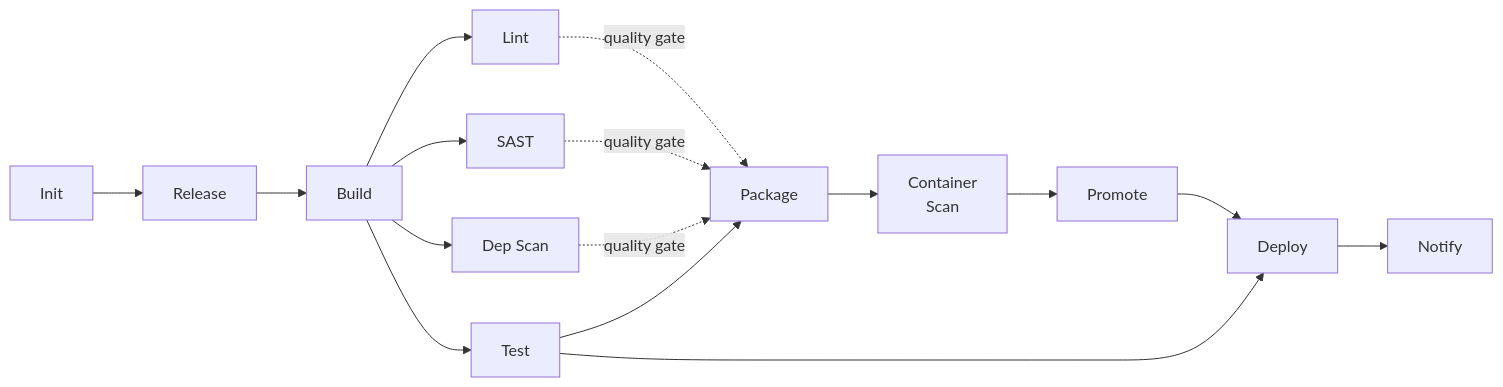
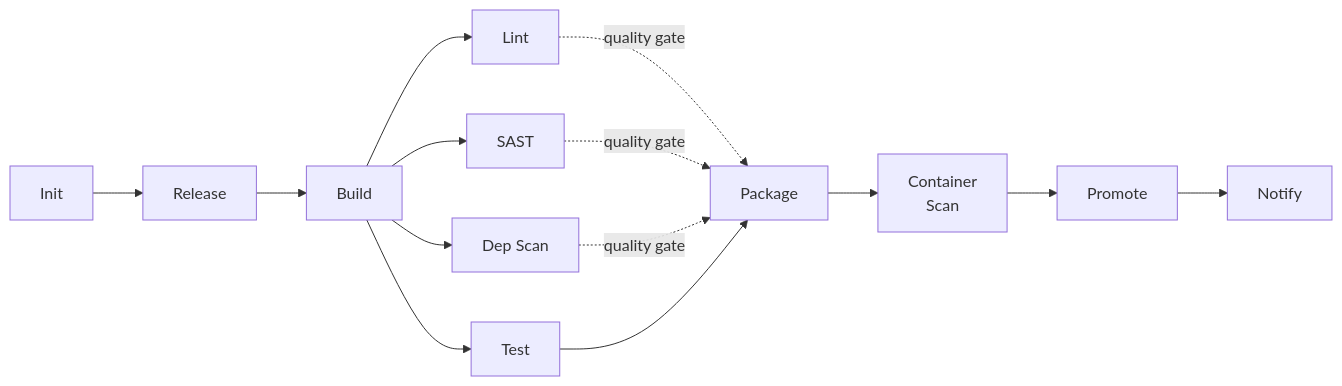
Before and after one commit to getbrik/brik: the first of 2 diagrams in README.md, drawn with Mermaid. The commit also changed other lines of this file, not shown here.

First line of the commit message:
docs(readme): present the two flows and the declarative model as one whole

````diff
--- a/README.md
+++ b/README.md
@@ -82,18 +96,16 @@
 ```mermaid
 flowchart LR
     init["Init"] --> release["Release"]
     release --> build["Build"]
     build --> lint["Lint"]
     build --> sast["SAST"]
     build --> scan["Dep Scan"]
     build --> test["Test"]
     lint -. quality gate .-> package["Package"]
     sast -. quality gate .-> package
     scan -. quality gate .-> package
     test --> package
     package --> cscan["Container<br/>Scan"]
     cscan --> promote["Promote"]
-    promote --> deploy["Deploy"]
-    test --> deploy
-    deploy --> notify["Notify"]
+    promote --> notify["Notify"]
 ```
````
